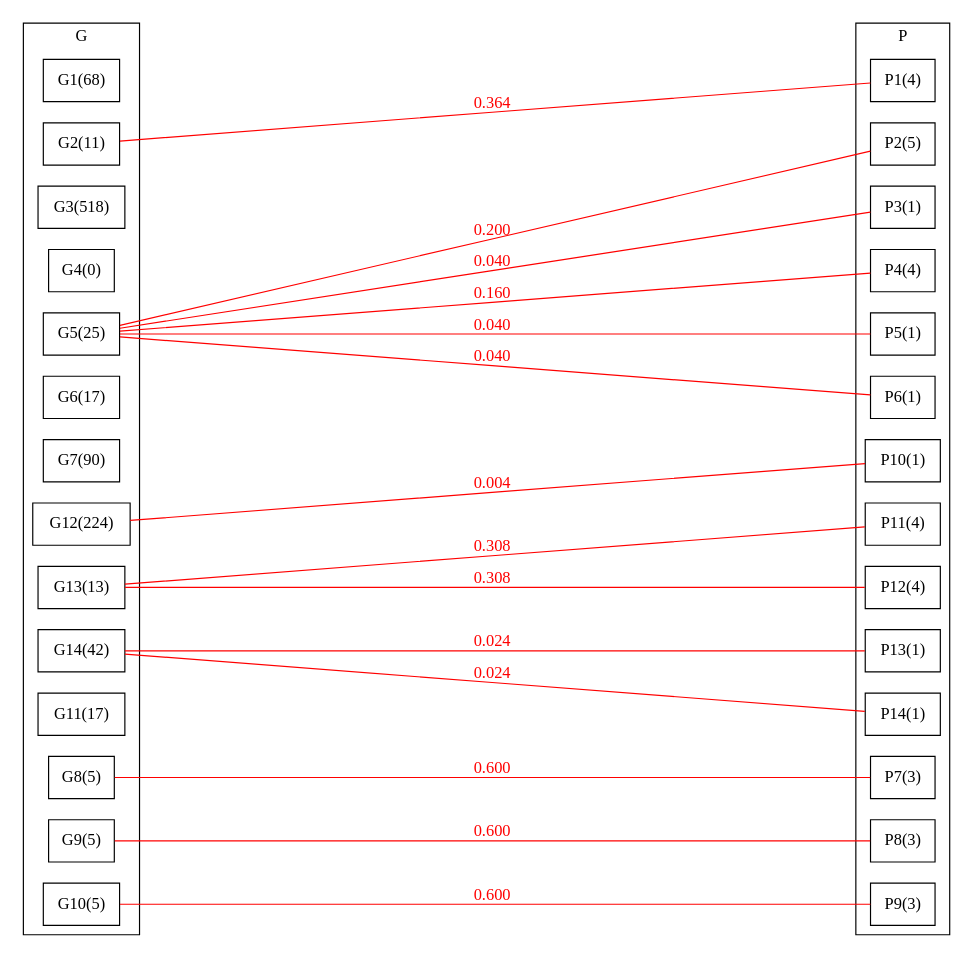
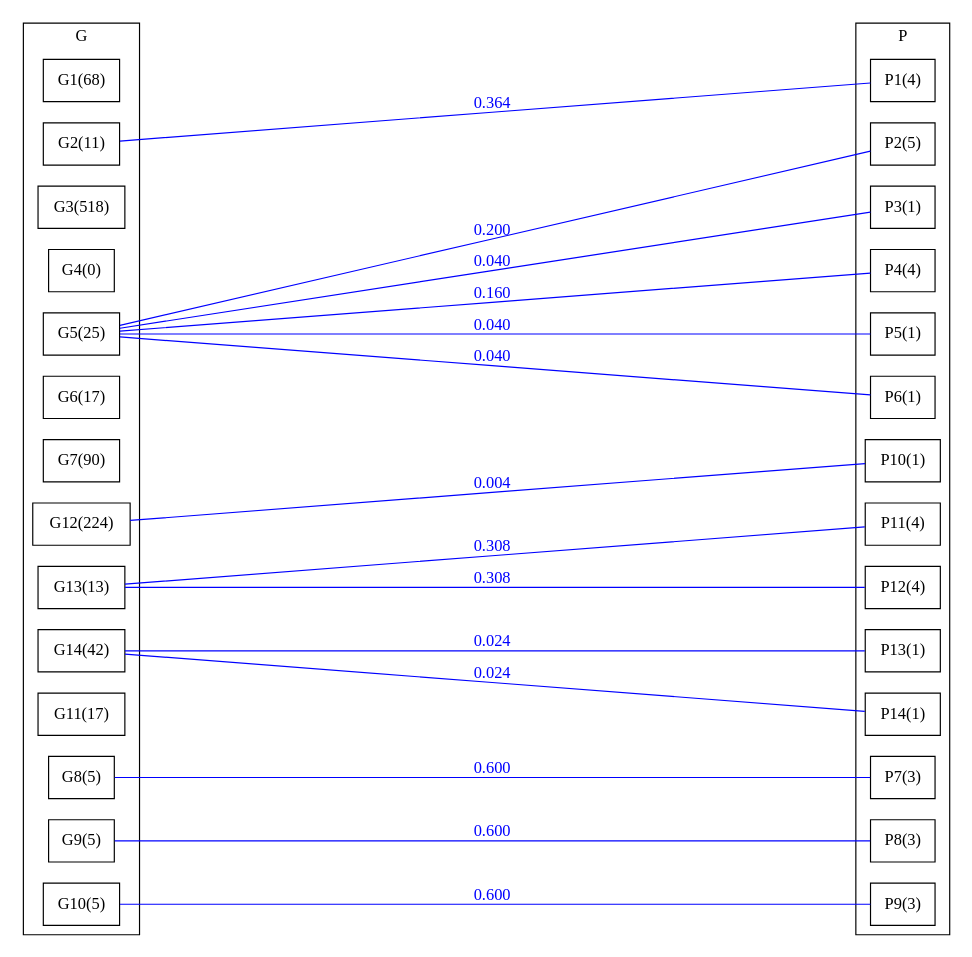
One commit to asanoja/segmentations changed the diagram in evaluation/dot/BG_chrome_pandora_nla_gov_au_pan_140646_20130521-0756_www_abc_net_au_news_2013-05-14_obama-speaking-in-washington-dc_4688486_html.dot. Above: the diagram before and after it, drawn with Graphviz. The commit also changed 55 other files, not shown here.

```diff
--- a/evaluation/dot/BG_chrome_pandora_nla_gov_au_pan_140646_20130521-0756_www_abc_net_au_news_2013-05-14_obama-speaking-in-washington-dc_4688486_html.dot
+++ b/evaluation/dot/BG_chrome_pandora_nla_gov_au_pan_140646_20130521-0756_www_abc_net_au_news_2013-05-14_obama-speaking-in-washington-dc_4688486_html.dot
@@ -1,59 +1,59 @@
 strict graph BCG {
 rankdir=LR;
 splines=true;
 ranksep="8 equally";
 concentrate = true;
 node [shape=rectangle];
 subgraph cluster_G {
 label = "G";
 color=black;
 rank="same"
 G1 [label="G1(68)"];
 G2 [label="G2(11)"];
 G3 [label="G3(518)"];
 G4 [label="G4(0)"];
 G5 [label="G5(25)"];
 G6 [label="G6(17)"];
 G7 [label="G7(90)"];
 G8 [label="G8(5)"];
 G9 [label="G9(5)"];
 G10 [label="G10(5)"];
 G11 [label="G11(17)"];
 G12 [label="G12(224)"];
 G13 [label="G13(13)"];
 G14 [label="G14(42)"];
 }
 subgraph cluster_P {
 label = "P";
 color="black";
 rank="same"
 P1 [label="P1(4)"];
 P2 [label="P2(5)"];
 P3 [label="P3(1)"];
 P4 [label="P4(4)"];
 P5 [label="P5(1)"];
 P6 [label="P6(1)"];
 P7 [label="P7(3)"];
 P8 [label="P8(3)"];
 P9 [label="P9(3)"];
 P10 [label="P10(1)"];
 P11 [label="P11(4)"];
 P12 [label="P12(4)"];
 P13 [label="P13(1)"];
 P14 [label="P14(1)"];
 }
-G2 -- P1[label="0.364",color="red",fontcolor="red"];
-G5 -- P2[label="0.200",color="red",fontcolor="red"];
-G5 -- P3[label="0.040",color="red",fontcolor="red"];
-G5 -- P4[label="0.160",color="red",fontcolor="red"];
-G5 -- P5[label="0.040",color="red",fontcolor="red"];
-G5 -- P6[label="0.040",color="red",fontcolor="red"];
-P7 -- G8  [dir="none",label="0.600",color="red",fontcolor="red"];
-P8 -- G9  [dir="none",label="0.600",color="red",fontcolor="red"];
-P9 -- G10  [dir="none",label="0.600",color="red",fontcolor="red"];
-G12 -- P10[label="0.004",color="red",fontcolor="red"];
-G13 -- P11[label="0.308",color="red",fontcolor="red"];
-G13 -- P12[label="0.308",color="red",fontcolor="red"];
-G14 -- P13[label="0.024",color="red",fontcolor="red"];
-G14 -- P14[label="0.024",color="red",fontcolor="red"];
+G2 -- P1[label="0.364",color="blue",fontcolor="blue"];
+G5 -- P2[label="0.200",color="blue",fontcolor="blue"];
+G5 -- P3[label="0.040",color="blue",fontcolor="blue"];
+G5 -- P4[label="0.160",color="blue",fontcolor="blue"];
+G5 -- P5[label="0.040",color="blue",fontcolor="blue"];
+G5 -- P6[label="0.040",color="blue",fontcolor="blue"];
+P7 -- G8  [dir="none",label="0.600",color="blue",fontcolor="blue"];
+P8 -- G9  [dir="none",label="0.600",color="blue",fontcolor="blue"];
+P9 -- G10  [dir="none",label="0.600",color="blue",fontcolor="blue"];
+G12 -- P10[label="0.004",color="blue",fontcolor="blue"];
+G13 -- P11[label="0.308",color="blue",fontcolor="blue"];
+G13 -- P12[label="0.308",color="blue",fontcolor="blue"];
+G14 -- P13[label="0.024",color="blue",fontcolor="blue"];
+G14 -- P14[label="0.024",color="blue",fontcolor="blue"];
 }
```
